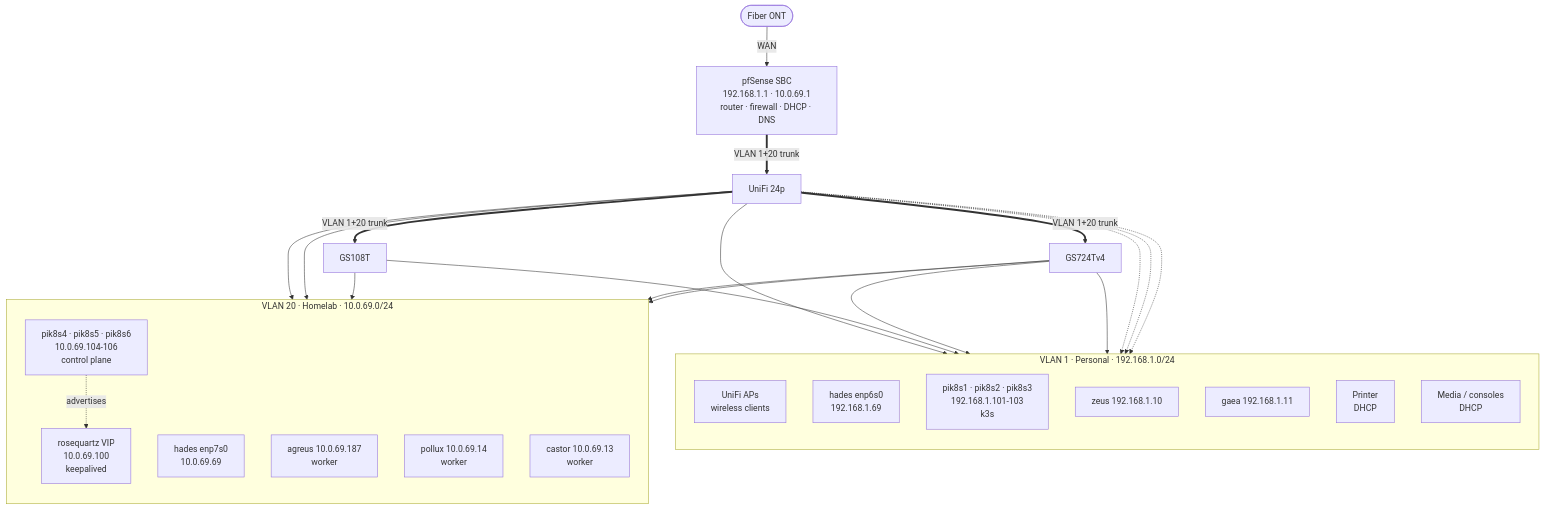
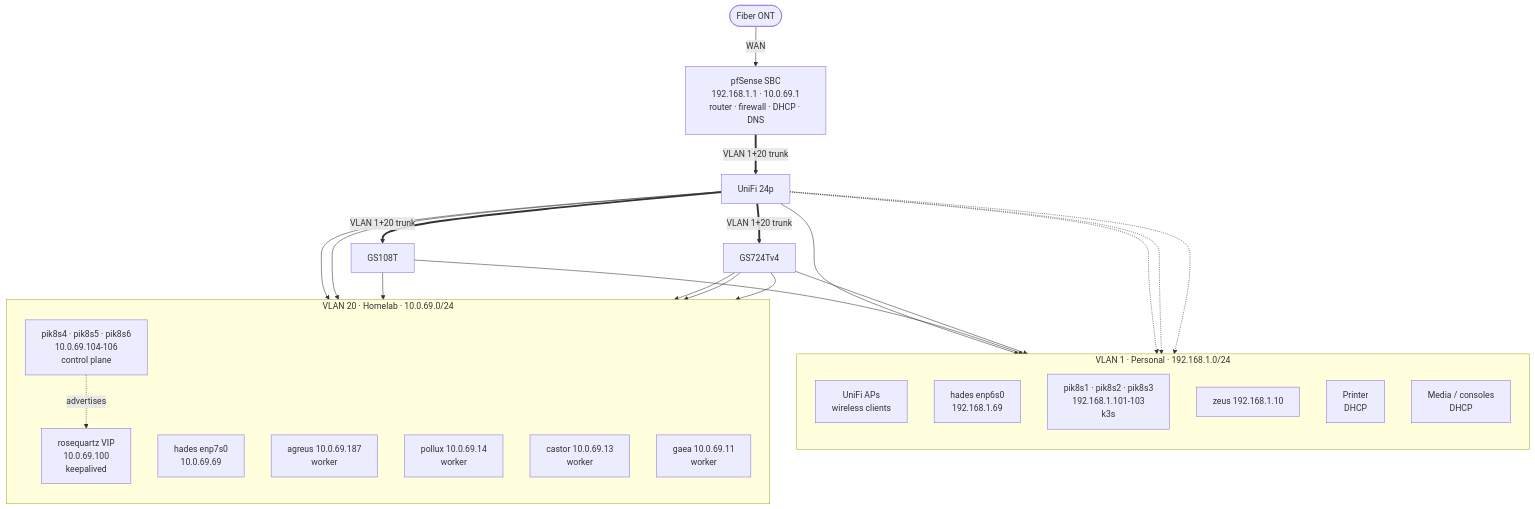
The diagram in NETWORK.md (UnstoppableMango/nixos), drawn with Mermaid before and after one commit. The commit also changed other lines of this file and 1 other file, not shown here.

First line of the commit message:
gaea install (#295)

````diff
--- a/NETWORK.md
+++ b/NETWORK.md
@@ -17,51 +17,51 @@
 ```mermaid
 flowchart TB
   ONT(["Fiber ONT"])
   FW["pfSense SBC<br/>192.168.1.1 · 10.0.69.1<br/>router · firewall · DHCP · DNS"]
 
   ONT -->|WAN| FW
 
   U24["UniFi 24p"]
   GS108["GS108T"]
   GS724["GS724Tv4"]
 
   FW ==>|"VLAN 1+20 trunk"| U24
   U24 ==>|"VLAN 1+20 trunk"| GS108
   U24 ==>|"VLAN 1+20 trunk"| GS724
 
   subgraph V1["VLAN 1 · Personal · 192.168.1.0/24"]
     direction TB
     AP["UniFi APs<br/>wireless clients"]
     HADES1["hades enp6s0<br/>192.168.1.69"]
     K3S["pik8s1 · pik8s2 · pik8s3<br/>192.168.1.101-103<br/>k3s"]
     ZEUS["zeus 192.168.1.10"]
-    GAEA["gaea 192.168.1.11"]
     PRN["Printer<br/>DHCP"]
     MED["Media / consoles<br/>DHCP"]
   end
 
   subgraph V20["VLAN 20 · Homelab · 10.0.69.0/24"]
     direction TB
     VIP["rosequartz VIP<br/>10.0.69.100<br/>keepalived"]
     HADES2["hades enp7s0<br/>10.0.69.69"]
     CP["pik8s4 · pik8s5 · pik8s6<br/>10.0.69.104-106<br/>control plane"]
     AGREUS["agreus 10.0.69.187<br/>worker"]
     POLLUX["pollux 10.0.69.14<br/>worker"]
     CASTOR["castor 10.0.69.13<br/>worker"]
+    GAEA["gaea 10.0.69.11<br/>worker"]
   end
 
   U24 --> AP
   U24 --> CP
   U24 --> AGREUS
   GS108 --> HADES1
   GS108 --> HADES2
   GS724 --> ZEUS
   GS724 --> GAEA
   GS724 --> CASTOR
   U24 -.-> K3S
   U24 -.-> PRN
   U24 -.-> MED
   GS724 --> POLLUX
 
   CP -.->|advertises| VIP
 ```
````
